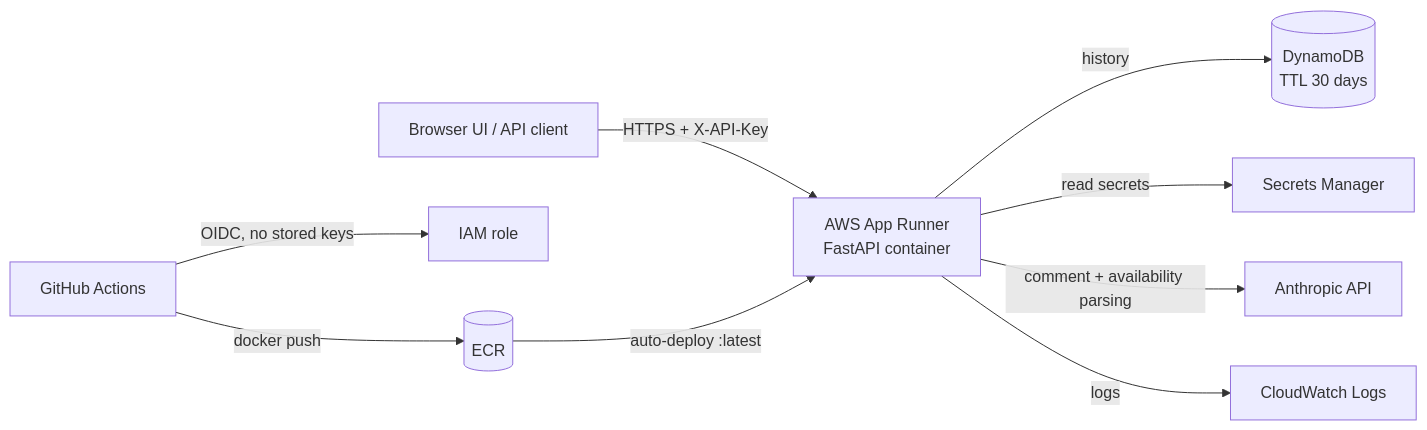
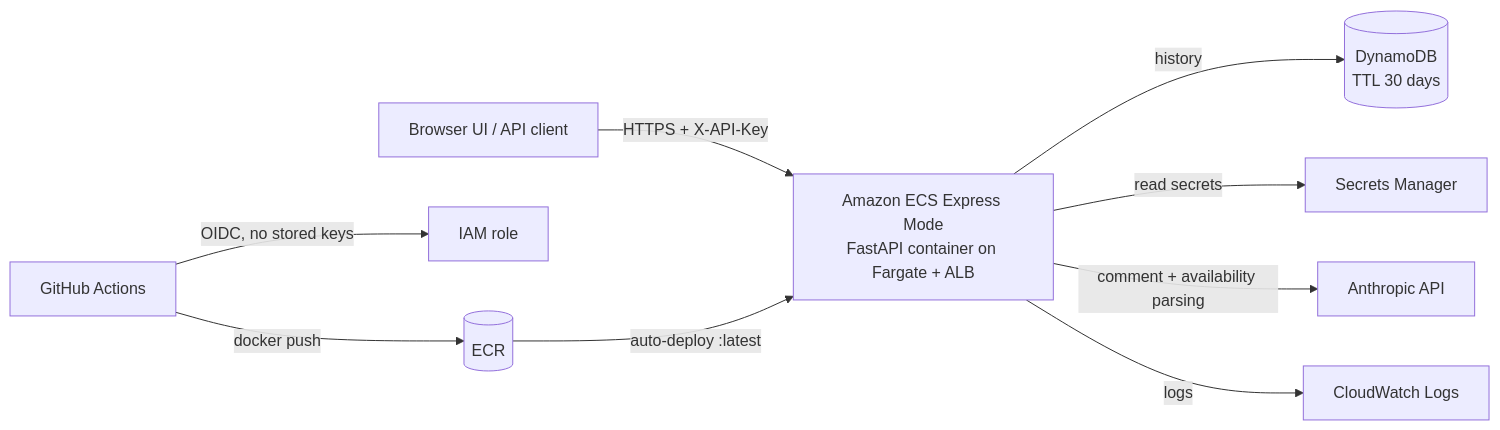
One commit to youngbinl1/expert-profile-api changed the diagram in README.md. Above: the diagram before and after it, drawn with Mermaid. The commit also changed other lines of this file and 5 other files, not shown here.

Commit message:
Use ECS Express Mode instead of App Runner

````diff
--- a/README.md
+++ b/README.md
@@ -15,11 +15,11 @@
 ```mermaid
 flowchart LR
-  U[Browser UI / API client] -->|HTTPS + X-API-Key| AR[AWS App Runner<br/>FastAPI container]
+  U[Browser UI / API client] -->|HTTPS + X-API-Key| AR[Amazon ECS Express Mode<br/>FastAPI container on Fargate + ALB]
   AR -->|history| DDB[(DynamoDB<br/>TTL 30 days)]
   AR -->|read secrets| SM[Secrets Manager]
   AR -->|comment + availability parsing| LLM[Anthropic API]
   AR -->|logs| CW[CloudWatch Logs]
   GH[GitHub Actions] -->|OIDC, no stored keys| IAM[IAM role]
   GH -->|docker push| ECR[(ECR)]
   ECR -->|auto-deploy :latest| AR
 ```
````
